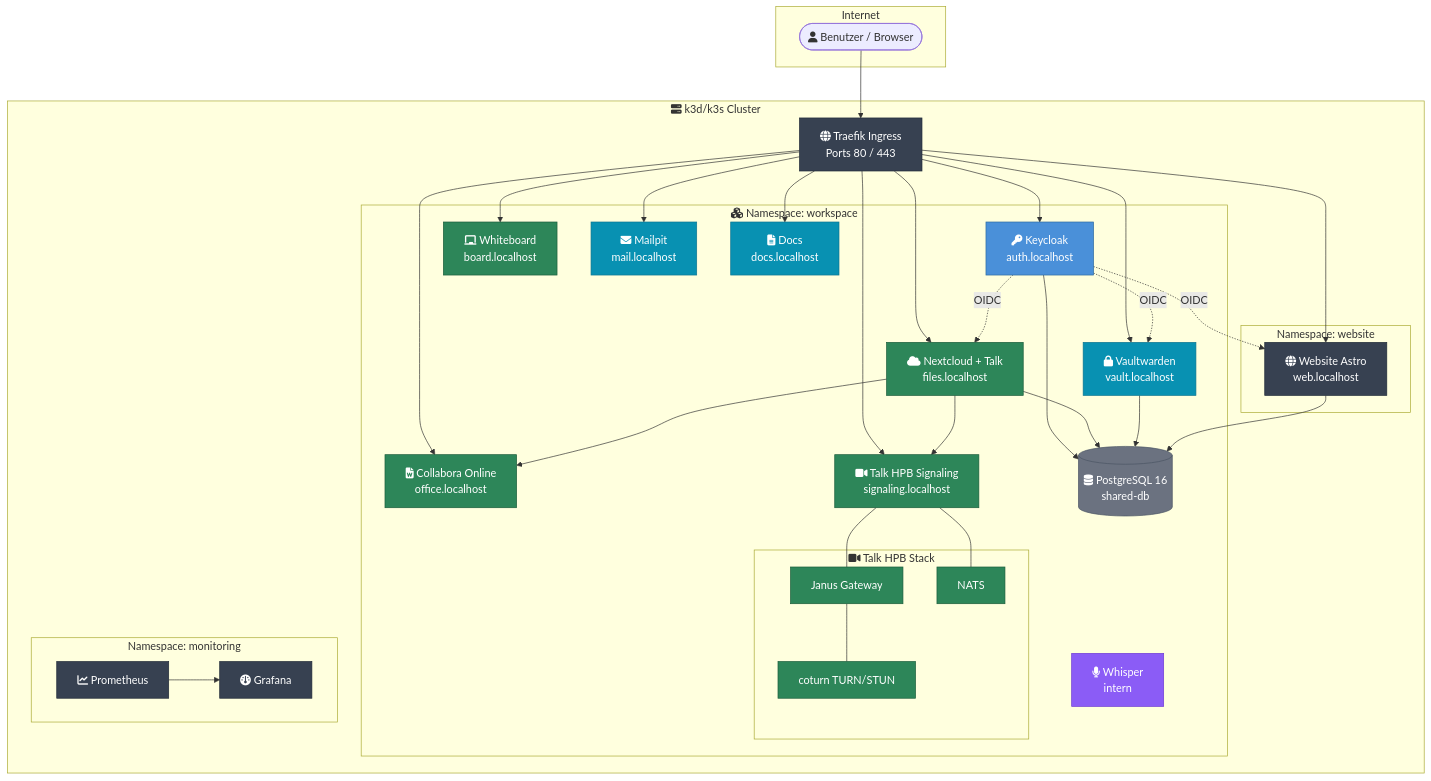
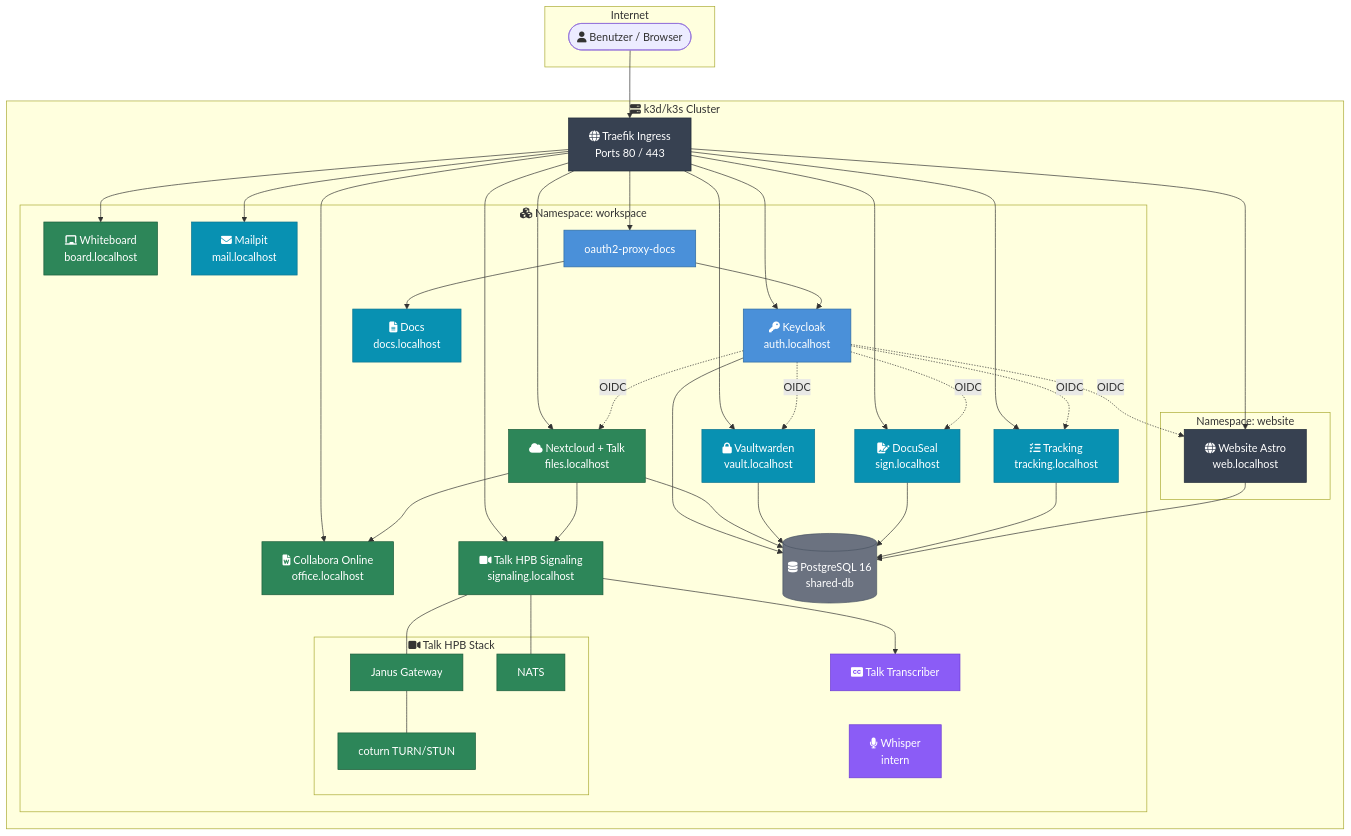
The first of 3 diagrams in k3d/docs-content/README.md (Paddione/Bachelorprojekt), drawn with Mermaid before and after one commit. The commit also changed other lines of this file and 11 other files, not shown here.

First line of the commit message:
docs: update architecture diagrams and data model to current state

````diff
--- a/k3d/docs-content/README.md
+++ b/k3d/docs-content/README.md
@@ -44,67 +45,69 @@
 ```mermaid
 graph TB
     subgraph Internet
         User(["fa:fa-user Benutzer / Browser"])
     end
 
     subgraph k3d-Cluster ["fa:fa-server k3d/k3s Cluster"]
         Traefik["fa:fa-globe Traefik Ingress<br/>Ports 80 / 443"]
 
         subgraph workspace ["fa:fa-cubes Namespace: workspace"]
             KC["fa:fa-key Keycloak<br/>auth.localhost"]
             NC["fa:fa-cloud Nextcloud + Talk<br/>files.localhost"]
             CO["fa:fa-file-word Collabora Online<br/>office.localhost"]
             HPB["fa:fa-video Talk HPB Signaling<br/>signaling.localhost"]
             VW["fa:fa-lock Vaultwarden<br/>vault.localhost"]
             WB["fa:fa-chalkboard Whiteboard<br/>board.localhost"]
+            DS["fa:fa-file-signature DocuSeal<br/>sign.localhost"]
+            TR["fa:fa-list-check Tracking<br/>tracking.localhost"]
             MP["fa:fa-envelope Mailpit<br/>mail.localhost"]
             DOCS["fa:fa-file-lines Docs<br/>docs.localhost"]
+            OAUTH2["oauth2-proxy-docs"]
             WHISPER["fa:fa-microphone Whisper<br/>intern"]
+            TRBOT["fa:fa-closed-captioning Talk Transcriber"]
 
             subgraph HPB-Stack ["fa:fa-video Talk HPB Stack"]
                 JANUS["Janus Gateway"]
                 NATS["NATS"]
                 COTURN["coturn TURN/STUN"]
             end
 
             DB[("fa:fa-database PostgreSQL 16<br/>shared-db")]
         end
 
         subgraph website-ns ["Namespace: website"]
             WEB["fa:fa-globe Website Astro<br/>web.localhost"]
         end
-
-        subgraph monitoring-ns ["Namespace: monitoring"]
-            PROM["fa:fa-chart-line Prometheus"]
-            GRAF["fa:fa-gauge Grafana"]
-        end
     end
 
     User --> Traefik
-    Traefik --> KC & NC & CO & HPB & VW & WB & MP & DOCS & WEB
+    Traefik --> KC & NC & CO & HPB & VW & WB & DS & TR & MP & WEB
+    Traefik --> OAUTH2
+    OAUTH2 --> DOCS
 
-    KC -. OIDC .-> NC & VW & WEB
+    KC -. OIDC .-> NC & VW & WEB & DS & TR
+    OAUTH2 --> KC
 
     NC --> CO
     NC --> HPB
     HPB --- JANUS & NATS
+    HPB --> TRBOT
     JANUS --- COTURN
 
-    KC & NC & VW --> DB
+    KC & NC & VW & DS & TR --> DB
     WEB --> DB
-    PROM --> GRAF
 
     classDef identity fill:#4a90d9,color:#fff,stroke:#2d6a9f
     classDef collab fill:#2d8659,color:#fff,stroke:#1a5c3a
     classDef ai fill:#8b5cf6,color:#fff,stroke:#6d3ad4
     classDef data fill:#6b7280,color:#fff,stroke:#4b5563
     classDef tools fill:#0891b2,color:#fff,stroke:#0e7490
     classDef infra fill:#374151,color:#fff,stroke:#1f2937
 
-    class KC identity
+    class KC,OAUTH2 identity
     class NC,CO,WB,HPB,JANUS,NATS,COTURN collab
-    class OC,WHISPER ai
+    class WHISPER,TRBOT ai
     class DB data
-    class VW,MP,DOCS tools
-    class Traefik,WEB,PROM,GRAF infra
+    class VW,MP,DOCS,DS,TR tools
+    class Traefik,WEB infra
 ```
````
